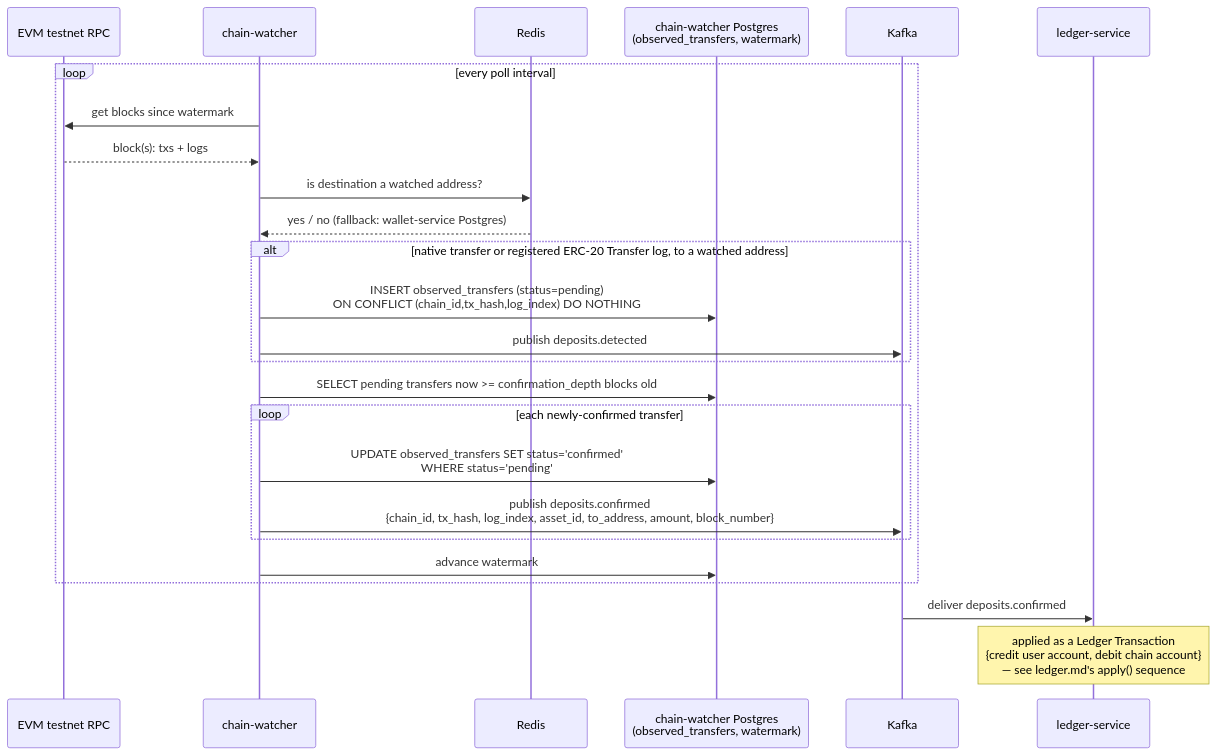
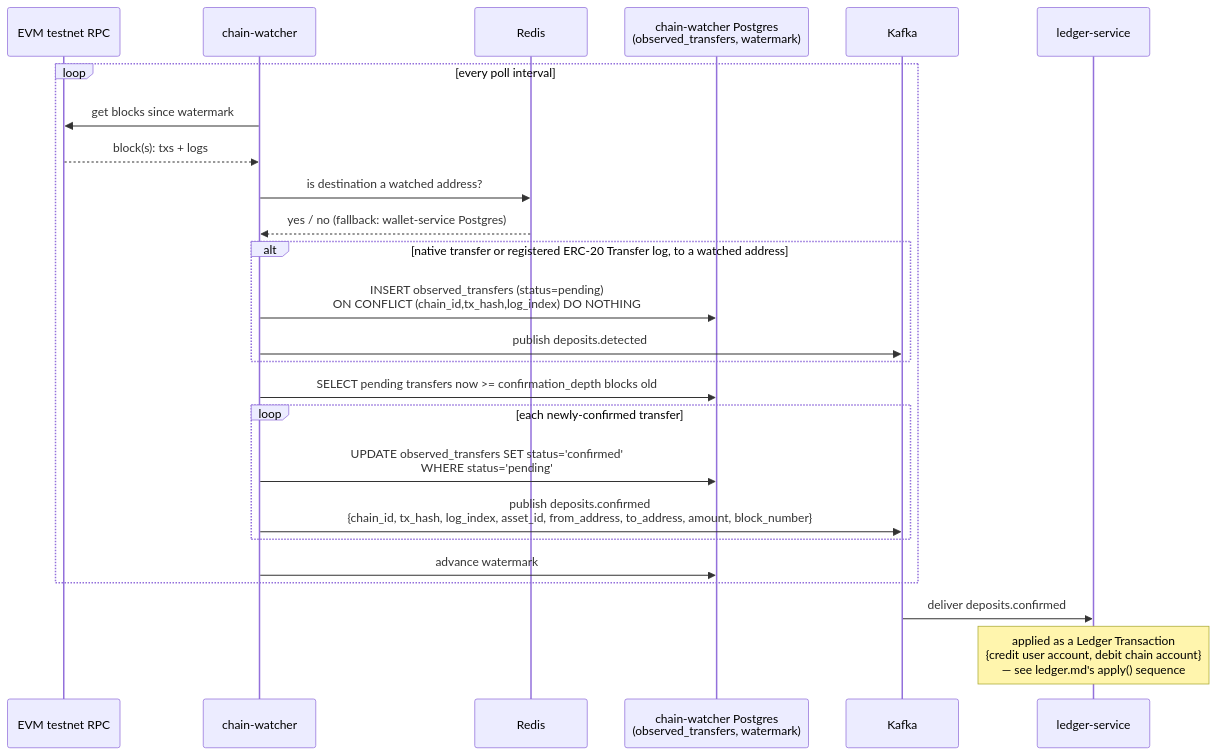
The first of 2 diagrams in docs/design/deposit-flow.md (VuKhuongDuy/DigiWal), drawn with Mermaid before and after one commit. The commit also changed other lines of this file and 4 other files, not shown here.

````diff
--- a/docs/design/deposit-flow.md
+++ b/docs/design/deposit-flow.md
@@ -165,29 +183,29 @@
 ```mermaid
 sequenceDiagram
     participant RPC as EVM testnet RPC
     participant CW as chain-watcher
     participant Redis
     participant PG as chain-watcher Postgres<br/>(observed_transfers, watermark)
     participant Kafka
     participant Ledger as ledger-service
 
     loop every poll interval
         CW->>RPC: get blocks since watermark
         RPC-->>CW: block(s): txs + logs
         CW->>Redis: is destination a watched address?
         Redis-->>CW: yes / no (fallback: wallet-service Postgres)
         alt native transfer or registered ERC-20 Transfer log, to a watched address
             CW->>PG: INSERT observed_transfers (status=pending)<br/>ON CONFLICT (chain_id,tx_hash,log_index) DO NOTHING
             CW->>Kafka: publish deposits.detected
         end
         CW->>PG: SELECT pending transfers now >= confirmation_depth blocks old
         loop each newly-confirmed transfer
             CW->>PG: UPDATE observed_transfers SET status='confirmed'<br/>WHERE status='pending'
-            CW->>Kafka: publish deposits.confirmed<br/>{chain_id, tx_hash, log_index, asset_id, to_address, amount, block_number}
+            CW->>Kafka: publish deposits.confirmed<br/>{chain_id, tx_hash, log_index, asset_id, from_address, to_address, amount, block_number}
         end
         CW->>PG: advance watermark
     end
 
     Kafka->>Ledger: deliver deposits.confirmed
     Note over Ledger: applied as a Ledger Transaction<br/>{credit user account, debit chain account}<br/>— see ledger.md's apply() sequence
 ```
````
